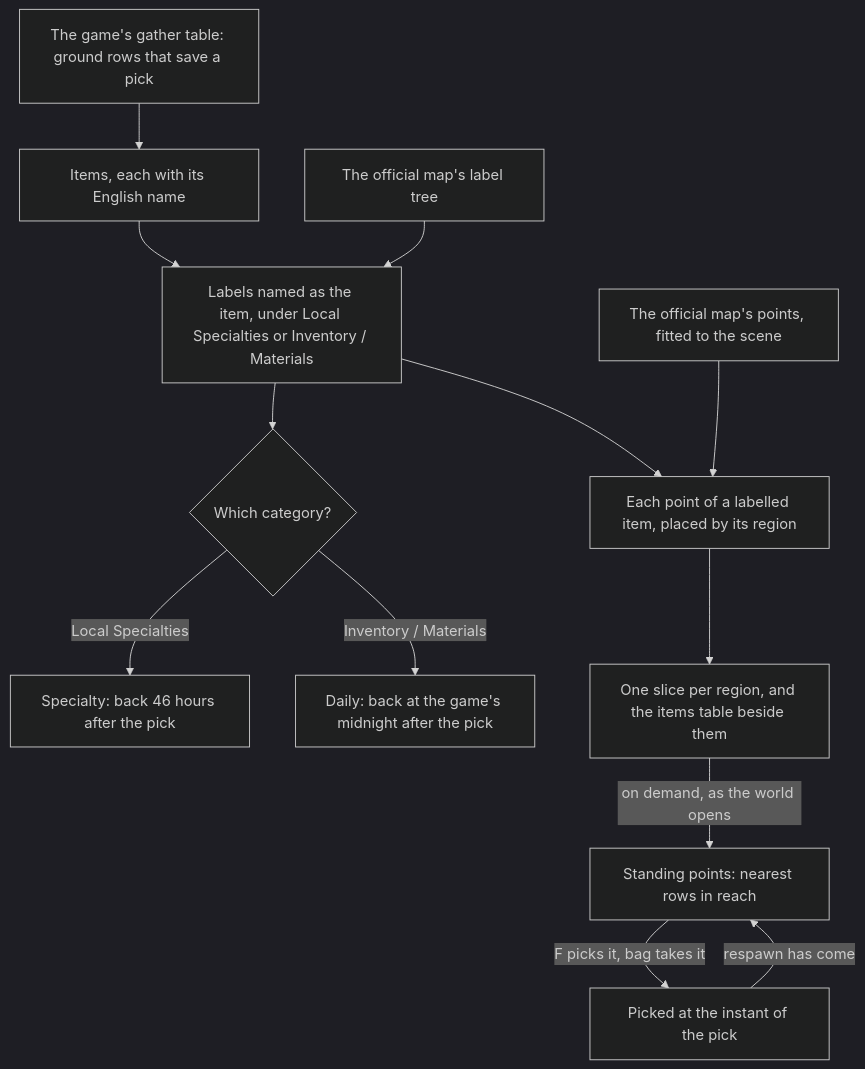
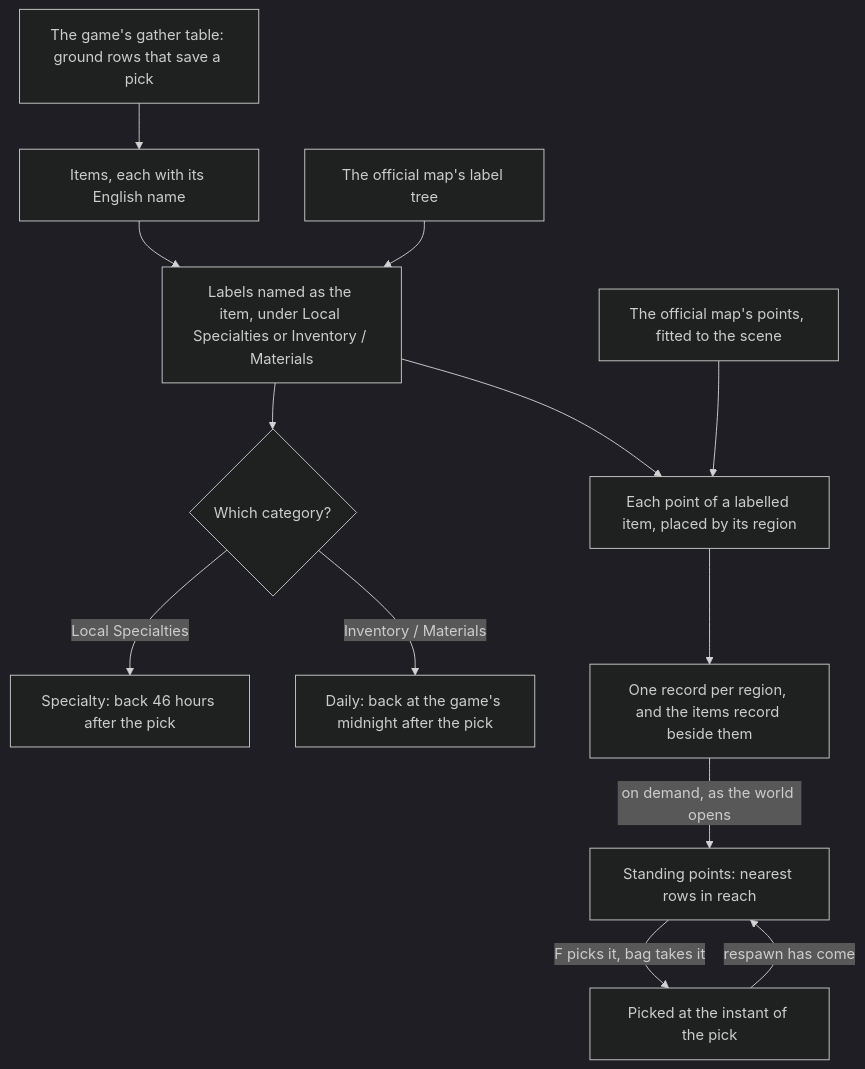
One commit to Esposter/Esposter changed the diagram in apps/web/content/docs/genshin/gathering.md. Above: the diagram before and after it, drawn with Mermaid (dark theme). The commit also changed other lines of this file and 10 other files, not shown here.

````diff
--- a/apps/web/content/docs/genshin/gathering.md
+++ b/apps/web/content/docs/genshin/gathering.md
@@ -12,15 +12,15 @@
 ```mermaid
 flowchart TD
   G["The game's gather table: ground rows that save a pick"] --> I["Items, each with its English name"]
   M["The official map's label tree"] --> L["Labels named as the item, under Local Specialties or Inventory / Materials"]
   I --> L
   L --> C{"Which category?"}
   C -->|"Local Specialties"| S["Specialty: back 46 hours after the pick"]
   C -->|"Inventory / Materials"| D["Daily: back at the game's midnight after the pick"]
   P["The official map's points, fitted to the scene"] --> PL["Each point of a labelled item, placed by its region"]
   L --> PL
-  PL --> SLICE["One slice per region, and the items table beside them"]
+  PL --> SLICE["One record per region, and the items record beside them"]
   SLICE -->|"on demand, as the world opens"| W["Standing points: nearest rows in reach"]
   W -->|"F picks it, bag takes it"| PK["Picked at the instant of the pick"]
   PK -->|"respawn has come"| W
 ```
````
